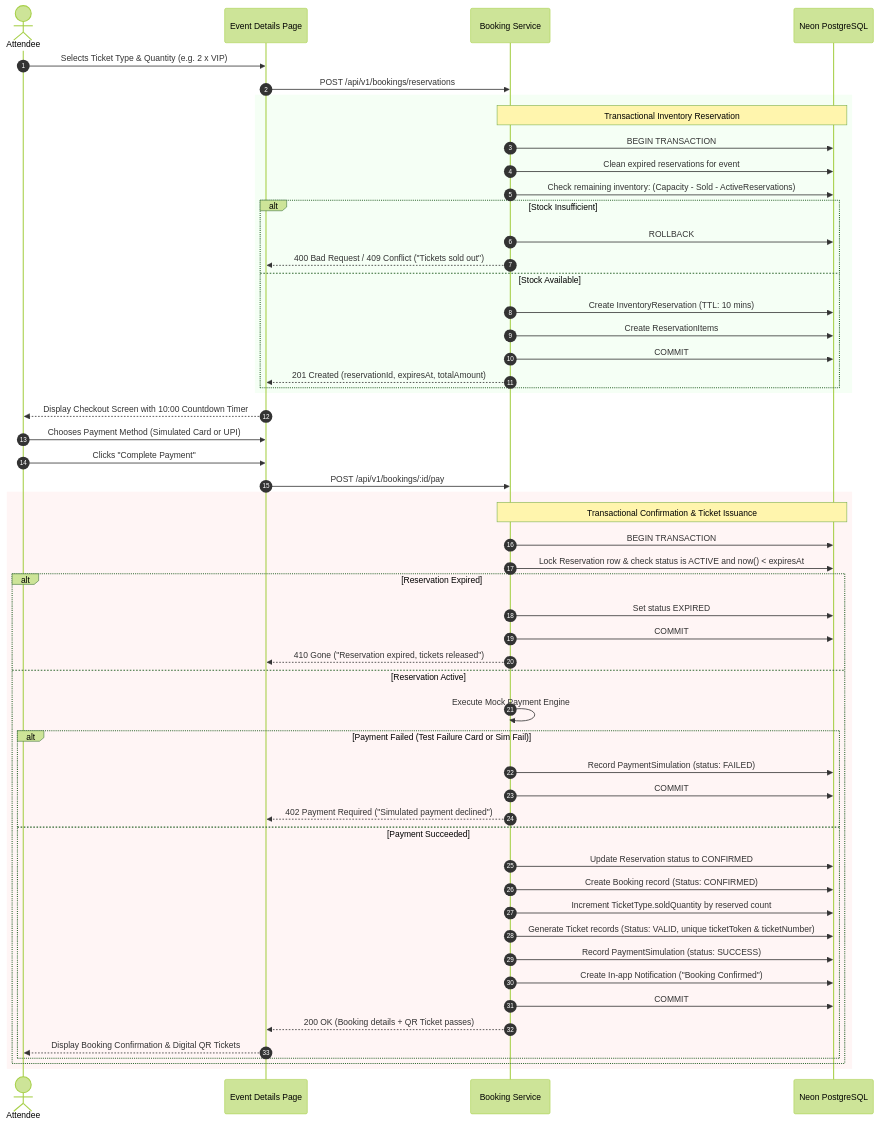
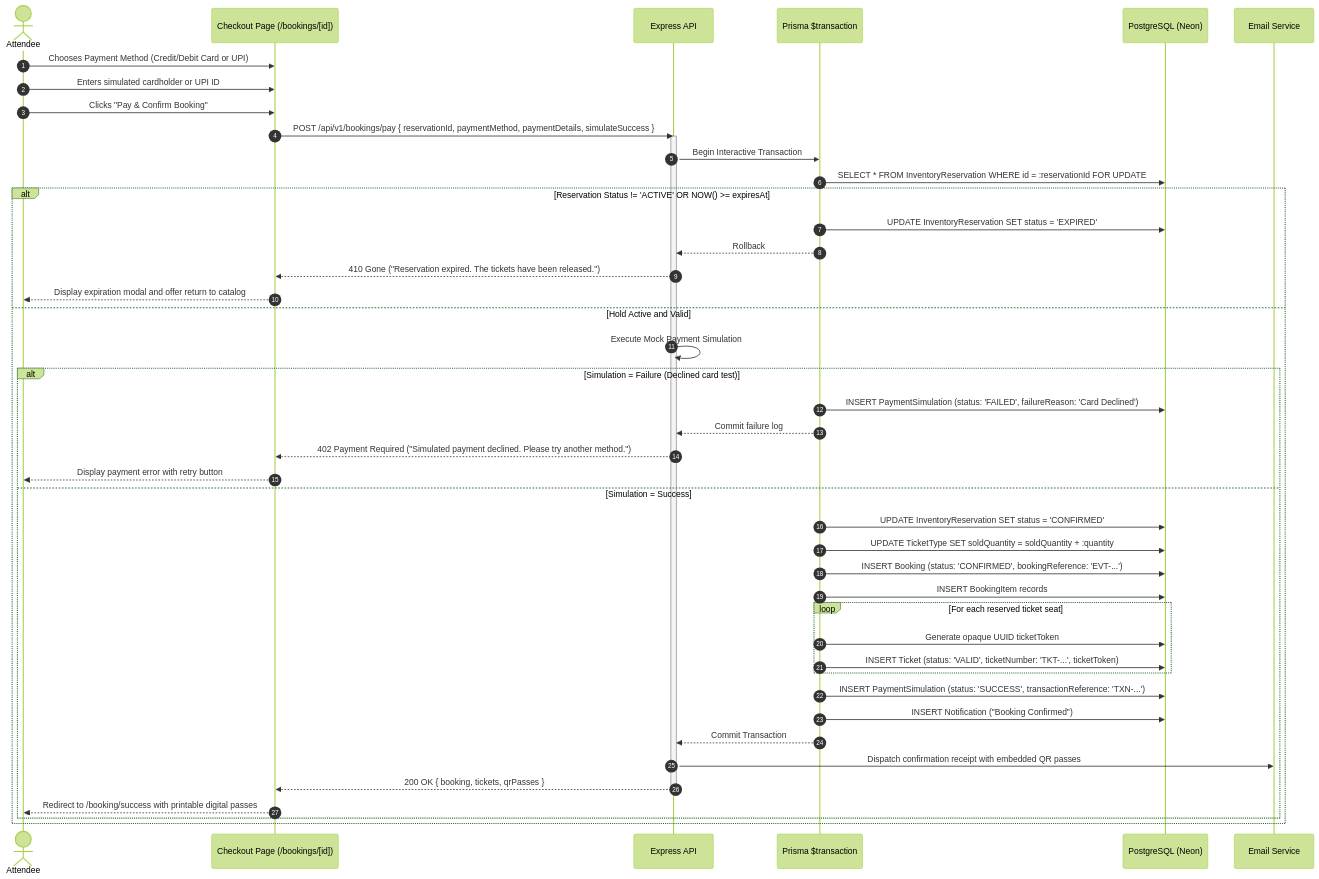
Before and after one commit to meiyarasam/eventra-event-booking: the seventh of 10 diagrams in docs/flows.md, drawn with Mermaid (forest theme). The commit also changed other lines of this file and 5 other files, not shown here.

````diff
--- a/docs/flows.md
+++ b/docs/flows.md
@@ -106,60 +236,49 @@
 ```mermaid
 sequenceDiagram
     autonumber
     actor Attendee
-    participant UI as Event Details Page
-    participant API as Booking Service
-    participant DB as Neon PostgreSQL
+    participant Web as Checkout Page (/bookings/[id])
+    participant API as Express API
+    participant Tx as Prisma $transaction
+    participant DB as PostgreSQL (Neon)
+    participant Email as Email Service
 
-    Attendee->>UI: Selects Ticket Type & Quantity (e.g. 2 x VIP)
-    UI->>API: POST /api/v1/bookings/reservations
+    Attendee->>Web: Chooses Payment Method (Credit/Debit Card or UPI)
+    Attendee->>Web: Enters simulated cardholder or UPI ID
+    Attendee->>Web: Clicks "Pay & Confirm Booking"
+    Web->>API: POST /api/v1/bookings/pay { reservationId, paymentMethod, paymentDetails, simulateSuccess }
+    activate API
+    API->>Tx: Begin Interactive Transaction
+    Tx->>DB: SELECT * FROM InventoryReservation WHERE id = :reservationId FOR UPDATE
     
-    rect rgb(245, 255, 245)
-    Note over API,DB: Transactional Inventory Reservation
-    API->>DB: BEGIN TRANSACTION
-    API->>DB: Clean expired reservations for event
-    API->>DB: Check remaining inventory: (Capacity - Sold - ActiveReservations)
-    alt Stock Insufficient
-        API->>DB: ROLLBACK
-        API-->>UI: 400 Bad Request / 409 Conflict ("Tickets sold out")
-    else Stock Available
-        API->>DB: Create InventoryReservation (TTL: 10 mins)
-        API->>DB: Create ReservationItems
-        API->>DB: COMMIT
-        API-->>UI: 201 Created (reservationId, expiresAt, totalAmount)
-    end
-    end
-
-    UI-->>Attendee: Display Checkout Screen with 10:00 Countdown Timer
-    Attendee->>UI: Chooses Payment Method (Simulated Card or UPI)
-    Attendee->>UI: Clicks "Complete Payment"
-    UI->>API: POST /api/v1/bookings/:id/pay
-
-    rect rgb(255, 245, 245)
-    Note over API,DB: Transactional Confirmation & Ticket Issuance
-    API->>DB: BEGIN TRANSACTION
-    API->>DB: Lock Reservation row & check status is ACTIVE and now() < expiresAt
-    alt Reservation Expired
-        API->>DB: Set status EXPIRED
-        API->>DB: COMMIT
-        API-->>UI: 410 Gone ("Reservation expired, tickets released")
-    else Reservation Active
-        API->>API: Execute Mock Payment Engine
-        alt Payment Failed (Test Failure Card or Sim Fail)
-            API->>DB: Record PaymentSimulation (status: FAILED)
-            API->>DB: COMMIT
-            API-->>UI: 402 Payment Required ("Simulated payment declined")
-        else Payment Succeeded
-            API->>DB: Update Reservation status to CONFIRMED
-            API->>DB: Create Booking record (Status: CONFIRMED)
-            API->>DB: Increment TicketType.soldQuantity by reserved count
-            API->>DB: Generate Ticket records (Status: VALID, unique ticketToken & ticketNumber)
-            API->>DB: Record PaymentSimulation (status: SUCCESS)
-            API->>DB: Create In-app Notification ("Booking Confirmed")
-            API->>DB: COMMIT
-            API-->>UI: 200 OK (Booking details + QR Ticket passes)
-            UI-->>Attendee: Display Booking Confirmation & Digital QR Tickets
+    alt Reservation Status != 'ACTIVE' OR NOW() >= expiresAt
+        Tx->>DB: UPDATE InventoryReservation SET status = 'EXPIRED'
+        Tx-->>API: Rollback
+        API-->>Web: 410 Gone ("Reservation expired. The tickets have been released.")
+        Web-->>Attendee: Display expiration modal and offer return to catalog
+    else Hold Active and Valid
+        API->>API: Execute Mock Payment Simulation
+        alt Simulation = Failure (Declined card test)
+            Tx->>DB: INSERT PaymentSimulation (status: 'FAILED', failureReason: 'Card Declined')
+            Tx-->>API: Commit failure log
+            API-->>Web: 402 Payment Required ("Simulated payment declined. Please try another method.")
+            Web-->>Attendee: Display payment error with retry button
+        else Simulation = Success
+            Tx->>DB: UPDATE InventoryReservation SET status = 'CONFIRMED'
+            Tx->>DB: UPDATE TicketType SET soldQuantity = soldQuantity + :quantity
+            Tx->>DB: INSERT Booking (status: 'CONFIRMED', bookingReference: 'EVT-...')
+            Tx->>DB: INSERT BookingItem records
+            loop For each reserved ticket seat
+                Tx->>DB: Generate opaque UUID ticketToken
+                Tx->>DB: INSERT Ticket (status: 'VALID', ticketNumber: 'TKT-...', ticketToken)
+            end
+            Tx->>DB: INSERT PaymentSimulation (status: 'SUCCESS', transactionReference: 'TXN-...')
+            Tx->>DB: INSERT Notification ("Booking Confirmed")
+            Tx-->>API: Commit Transaction
+            API->>Email: Dispatch confirmation receipt with embedded QR passes
+            API-->>Web: 200 OK { booking, tickets, qrPasses }
+            deactivate API
+            Web-->>Attendee: Redirect to /booking/success with printable digital passes
         end
     end
-    end
 ```
````
